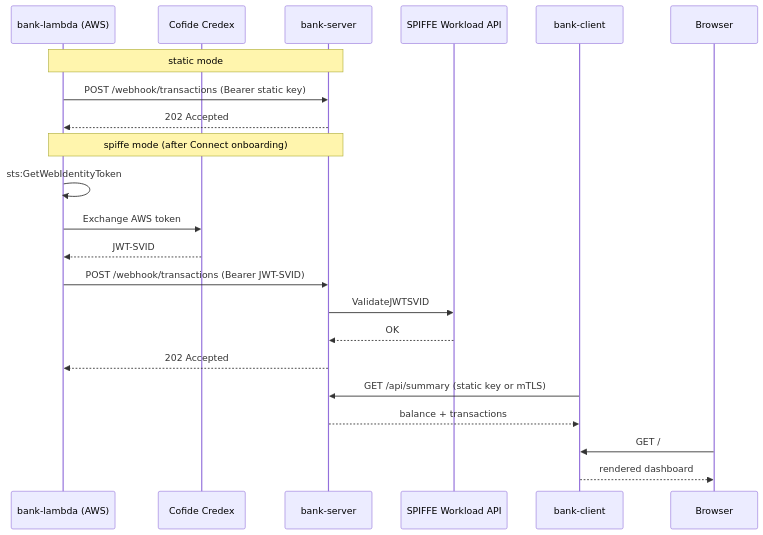
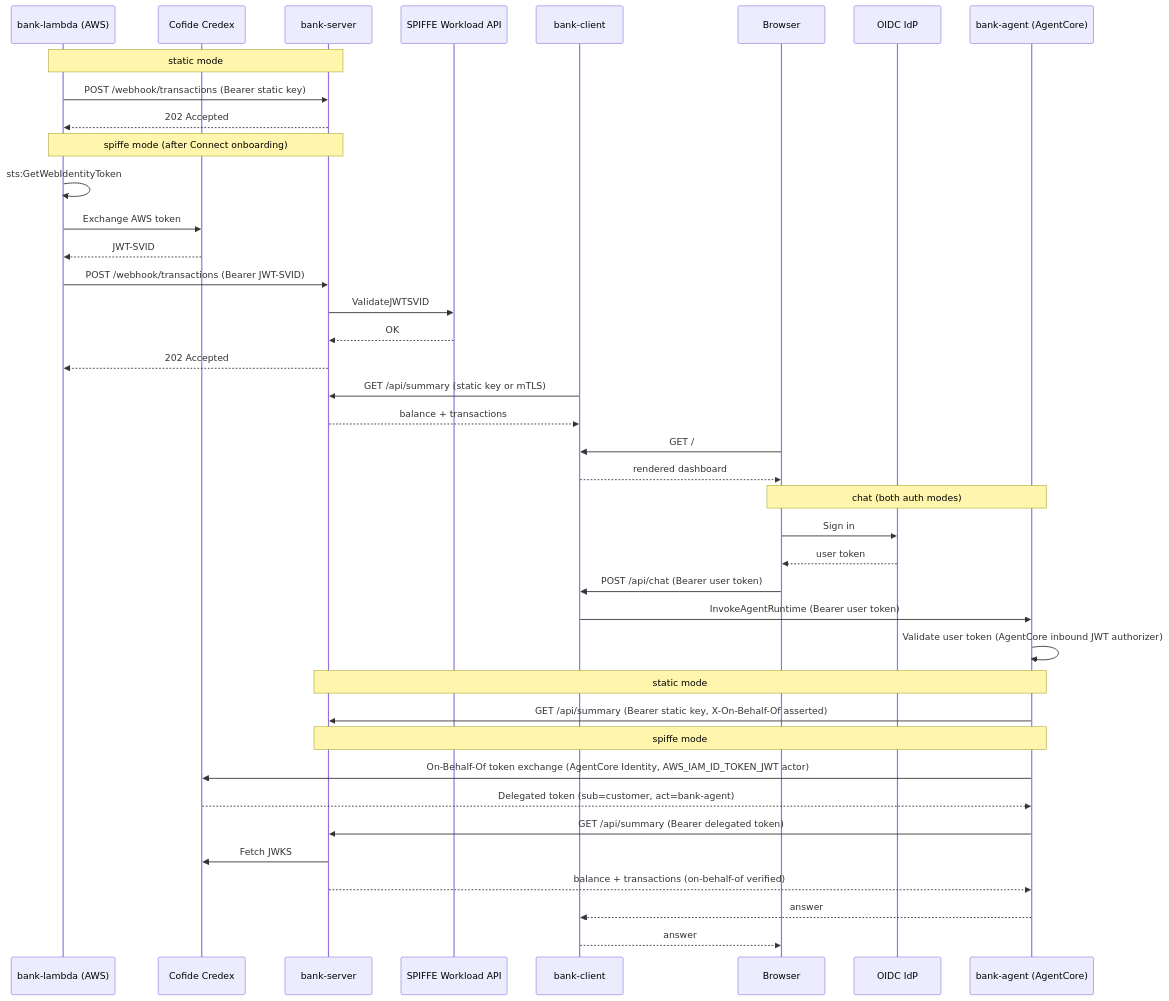
The diagram in workloads/bank/README.md (cofide/cofide-demos), drawn with Mermaid before and after one commit. The commit also changed other lines of this file and 6 other files, not shown here.

````diff
--- a/workloads/bank/README.md
+++ b/workloads/bank/README.md
@@ -22,27 +28,49 @@
 ```mermaid
 sequenceDiagram
     participant Lambda as bank-lambda (AWS)
     participant Credex as Cofide Credex
     participant Server as bank-server
     participant WA as SPIFFE Workload API
     participant Client as bank-client
     participant Browser
+    participant IdP as OIDC IdP
+    participant Agent as bank-agent (AgentCore)
 
     Note over Lambda,Server: static mode
     Lambda->>Server: POST /webhook/transactions (Bearer static key)
     Server-->>Lambda: 202 Accepted
 
     Note over Lambda,Server: spiffe mode (after Connect onboarding)
     Lambda->>Lambda: sts:GetWebIdentityToken
     Lambda->>Credex: Exchange AWS token
     Credex-->>Lambda: JWT-SVID
     Lambda->>Server: POST /webhook/transactions (Bearer JWT-SVID)
     Server->>WA: ValidateJWTSVID
     WA-->>Server: OK
     Server-->>Lambda: 202 Accepted
 
     Client->>Server: GET /api/summary (static key or mTLS)
     Server-->>Client: balance + transactions
     Browser->>Client: GET /
     Client-->>Browser: rendered dashboard
+
+    Note over Browser,Agent: chat (both auth modes)
+    Browser->>IdP: Sign in
+    IdP-->>Browser: user token
+    Browser->>Client: POST /api/chat (Bearer user token)
+    Client->>Agent: InvokeAgentRuntime (Bearer user token)
+    Agent->>Agent: Validate user token (AgentCore inbound JWT authorizer)
+
+    Note over Agent,Server: static mode
+    Agent->>Server: GET /api/summary (Bearer static key, X-On-Behalf-Of asserted)
+
+    Note over Agent,Server: spiffe mode
+    Agent->>Credex: On-Behalf-Of token exchange (AgentCore Identity, AWS_IAM_ID_TOKEN_JWT actor)
+    Credex-->>Agent: Delegated token (sub=customer, act=bank-agent)
+    Agent->>Server: GET /api/summary (Bearer delegated token)
+    Server->>Credex: Fetch JWKS
+    Server-->>Agent: balance + transactions (on-behalf-of verified)
+
+    Agent-->>Client: answer
+    Client-->>Browser: answer
 ```
````
